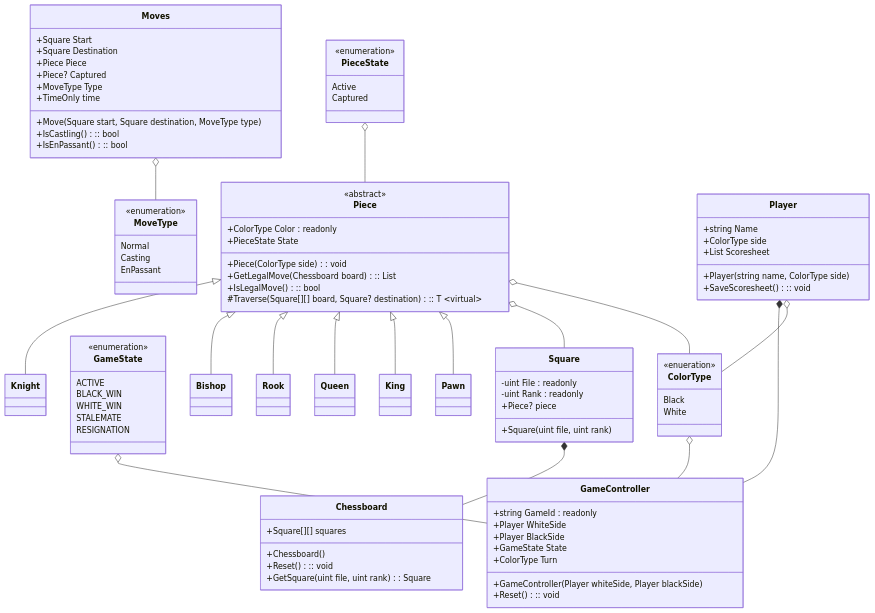
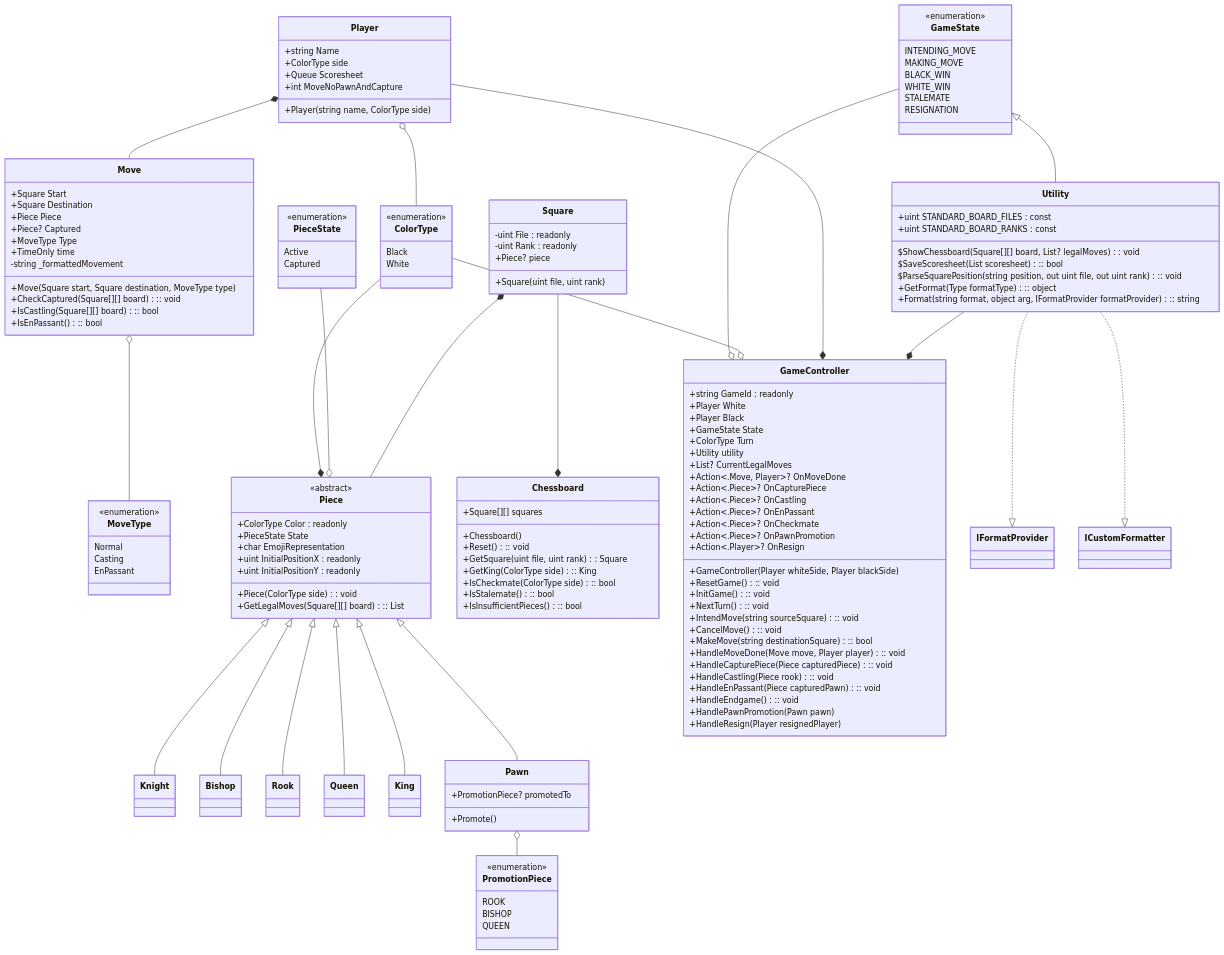
The diagram in Individual Project/Class Diagram/Chess.mmd (borednuna/Formulatrix-Batch-14-Bootcamp), drawn with Mermaid before and after one commit.

Commit message:
feat: continue chess class diagram

```diff
--- a/Individual Project/Class Diagram/Chess.mmd
+++ b/Individual Project/Class Diagram/Chess.mmd
@@ -1,119 +1,174 @@
 classDiagram
 
 class ColorType
-<<enueration>> ColorType
+<<enumeration>> ColorType
 ColorType : Black
 ColorType : White
 
 class MoveType
 <<enumeration>> MoveType
 MoveType : Normal
 MoveType : Casting
 MoveType : EnPassant
 
 class PieceState
 <<enumeration>> PieceState
 PieceState : Active
 PieceState : Captured
 
 class GameState
 <<enumeration>> GameState
-GameState : ACTIVE
+GameState : INTENDING_MOVE
+GameState : MAKING_MOVE
 GameState : BLACK_WIN
 GameState : WHITE_WIN
 GameState : STALEMATE
 GameState : RESIGNATION
 
+class PromotionPiece
+<<enumeration>> PromotionPiece
+PromotionPiece : ROOK
+PromotionPiece : BISHOP
+PromotionPiece : QUEEN
+
 class Piece {
-    <<abstract>>
     +ColorType Color : readonly
     +PieceState State
+    +char EmojiRepresentation
+    +uint InitialPositionX : readonly
+    +uint InitialPositionY : readonly
     +Piece(ColorType side) : void
-    +GetLegalMove(Chessboard board) :: List<Square>
-    +IsLegalMove() :: bool
-    #Traverse<T>(Square[][] board, Square? destination) :: T ~virtual~
+    +GetLegalMoves(Square[][] board) :: List<Square>
 }
+<<abstract>> Piece
 
 class Knight {
     
 }
 
 class Bishop {
     
 }
 
 class Rook {
     
 }
 
 class Queen {
     
 }
 
 class King {
     
 }
 
 class Pawn {
-    
+    +PromotionPiece? promotedTo
+    +Promote()
 }
 
 class Square {
     -uint File : readonly
     -uint Rank : readonly
     +Piece? piece
     +Square(uint file, uint rank)
 }
 
 class Chessboard {
     +Square[][] squares
     +Chessboard()
     +Reset() :: void
     +GetSquare(uint file, uint rank) : Square
+    +GetKing(ColorType side) :: King
+    +IsCheckmate(ColorType side) :: bool
+    +IsStalemate() :: bool
+    +IsInsufficientPieces() :: bool
 }
 
-class Moves {
+class Move {
     +Square Start
     +Square Destination
     +Piece Piece
     +Piece? Captured
     +MoveType Type
     +TimeOnly time
+    -string _formattedMovement
     +Move(Square start, Square destination, MoveType type)
-    +IsCastling() :: bool
+    +CheckCaptured(Square[][] board) :: void
+    +IsCastling(Square[][] board) :: bool
     +IsEnPassant() :: bool
 }
 
 class Player {
     +string Name
     +ColorType side
-    +List<Moves> Scoresheet
+    +Queue<Move> Scoresheet
+    +int MoveNoPawnAndCapture
     +Player(string name, ColorType side)
-    +SaveScoresheet() :: void
 }
 
 class GameController {
     +string GameId : readonly
-    +Player WhiteSide
-    +Player BlackSide
+    +Player White
+    +Player Black
     +GameState State
     +ColorType Turn
+    +Utility utility
+    +List<Square>? CurrentLegalMoves
     +GameController(Player whiteSide, Player blackSide)
-    +Reset() :: void
+    +ResetGame() :: void
+    +InitGame() :: void
+    +NextTurn() :: void
+    +IntendMove(string sourceSquare) :: void
+    +CancelMove() :: void
+    +MakeMove(string destinationSquare) :: bool
+    +Action<.Move, Player>? OnMoveDone
+    +HandleMoveDone(Move move, Player player) :: void
+    +Action<.Piece>? OnCapturePiece
+    +HandleCapturePiece(Piece capturedPiece) :: void
+    +Action<.Piece>? OnCastling
+    +HandleCastling(Piece rook) :: void
+    +Action<.Piece>? OnEnPassant
+    +HandleEnPassant(Piece capturedPawn) :: void
+    +Action<.Piece>? OnCheckmate
+    +HandleEndgame() :: void
+    +Action<.Piece>? OnPawnPromotion
+    +HandlePawnPromotion(Pawn pawn)
+    +Action<.Player>? OnResign
+    +HandleResign(Player resignedPlayer)
 }
 
-Player *-- GameController
-GameState o-- GameController
-ColorType o-- GameController
-PieceState o-- Piece
+class Utility {
+    +uint STANDARD_BOARD_FILES : const
+    +uint STANDARD_BOARD_RANKS : const
+    $ShowChessboard(Square[][] board, List<Square>? legalMoves) : void
+    $SaveScoresheet(List<Move> scoresheet) :: bool
+    $ParseSquarePosition(string position, out uint file, out uint rank) :: void
+    +GetFormat(Type formatType) :: object
+    +Format(string format, object arg, IFormatProvider formatProvider) :: string
+}
+
+class IFormatProvider
+class ICustomFormatter
+
+Utility ..|> IFormatProvider
+Utility ..|> ICustomFormatter
+GameState <|-- Utility
+GameState --o GameController
+ColorType --* Piece
+ColorType --o GameController
+PieceState --o Piece
 Piece <|-- Knight
 Piece <|-- Bishop
 Piece <|-- Rook
 Piece <|-- Queen
 Piece <|-- King
 Piece <|-- Pawn
-Piece o-- Square
-Piece o-- ColorType
-Square *-- Chessboard
-Moves o-- MoveType
+Square *-- Piece
+Square --* Chessboard
+Move o-- MoveType
 Player o-- ColorType
+Player *-- Move
+Player --* GameController
+Utility --* GameController
+Pawn o-- PromotionPiece
```
